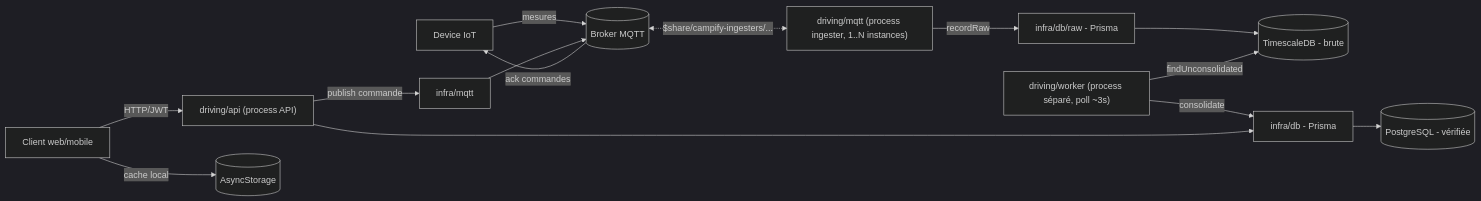
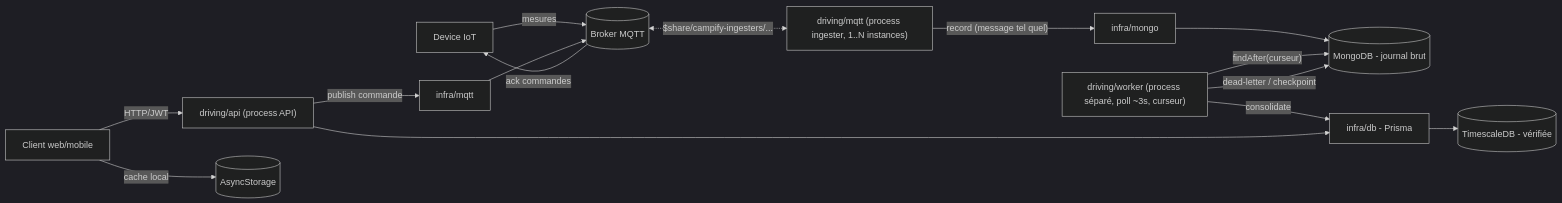
Before and after one commit to MaxOuvrard/Campify: the diagram in docs/architecture.md, drawn with Mermaid (dark theme). The commit also changed other lines of this file and 46 other files, not shown here.

Commit message:
feat : journal brut MongoDB et base vérifiée TimescaleDB (ADR 0013)

````diff
--- a/docs/architecture.md
+++ b/docs/architecture.md
@@ -63,18 +63,19 @@
 ```mermaid
 flowchart LR
     Device[Device IoT] -- mesures --> Broker[(Broker MQTT)]
     Broker -- ack commandes --> Device
     Broker <-. "$share/campify-ingesters/..." .-> MqttDriving["driving/mqtt (process ingester, 1..N instances)"]
-    MqttDriving -- recordRaw --> RawInfra[infra/db/raw - Prisma]
-    RawInfra --> RawDB[(TimescaleDB - brute)]
+    MqttDriving -- "record (message tel quel)" --> RawInfra[infra/mongo]
+    RawInfra --> RawDB[(MongoDB - journal brut)]
 
-    WorkerDriving["driving/worker (process séparé, poll ~3s)"] -- findUnconsolidated --> RawDB
+    WorkerDriving["driving/worker (process séparé, poll ~3s, curseur)"] -- "findAfter(curseur)" --> RawDB
+    WorkerDriving -- "dead-letter / checkpoint" --> RawDB
     WorkerDriving -- consolidate --> Infra[infra/db - Prisma]
-    Infra --> DB[(PostgreSQL - vérifiée)]
+    Infra --> DB[(TimescaleDB - vérifiée)]
 
     Client[Client web/mobile] -- HTTP/JWT --> ApiDriving["driving/api (process API)"]
     ApiDriving --> Infra
     Client -- cache local --> MobileCache[(AsyncStorage)]
     ApiDriving -- publish commande --> InfraMqtt[infra/mqtt]
     InfraMqtt --> Broker
 ```
````
